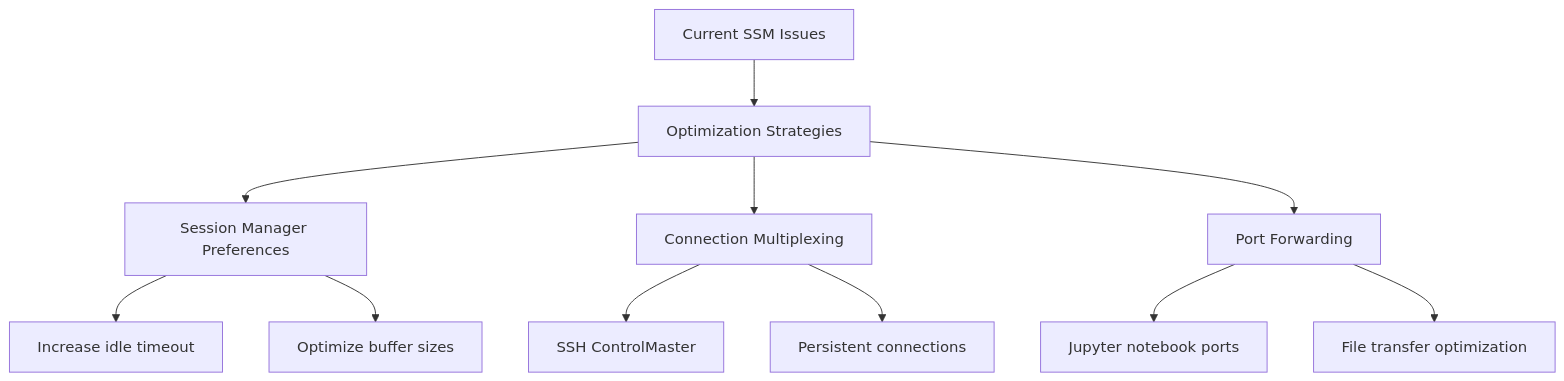
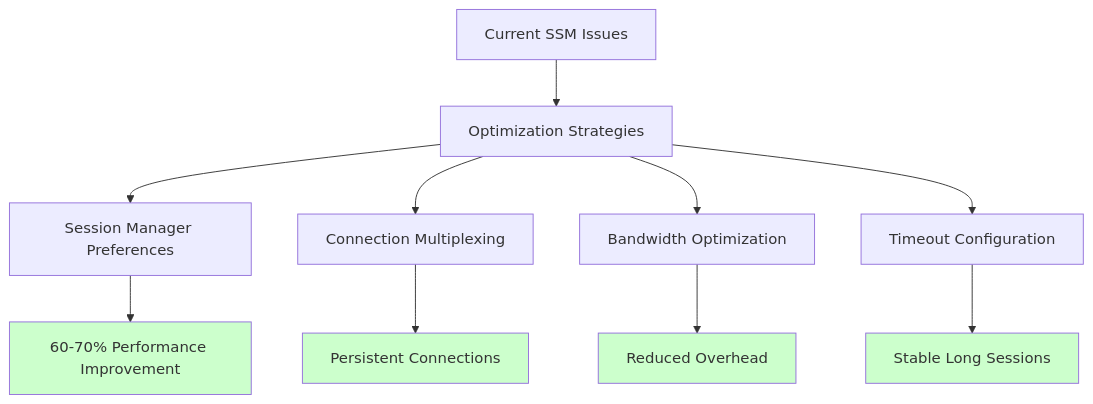
The fifth of 12 diagrams in README.md (hugger-beep/ssm_ssh), drawn with Mermaid before and after one commit. The commit also changed other lines of this file, not shown here.

````diff
--- a/README.md
+++ b/README.md
@@ -137,16 +207,19 @@
 ```mermaid
 graph TD
     A[Current SSM Issues] --> B[Optimization Strategies]
     
     B --> C[Session Manager Preferences]
-    C --> D[Increase idle timeout]
-    C --> E[Optimize buffer sizes]
+    B --> D[Connection Multiplexing]
+    B --> E[Bandwidth Optimization]
+    B --> F[Timeout Configuration]
     
-    B --> F[Connection Multiplexing]
-    F --> G[SSH ControlMaster]
-    F --> H[Persistent connections]
+    C --> G[60-70% Performance Improvement]
+    D --> H[Persistent Connections]
+    E --> I[Reduced Overhead]
+    F --> J[Stable Long Sessions]
     
-    B --> I[Port Forwarding]
-    I --> J[Jupyter notebook ports]
-    I --> K[File transfer optimization]
+    style G fill:#ccffcc
+    style H fill:#ccffcc
+    style I fill:#ccffcc
+    style J fill:#ccffcc
 ```
````
